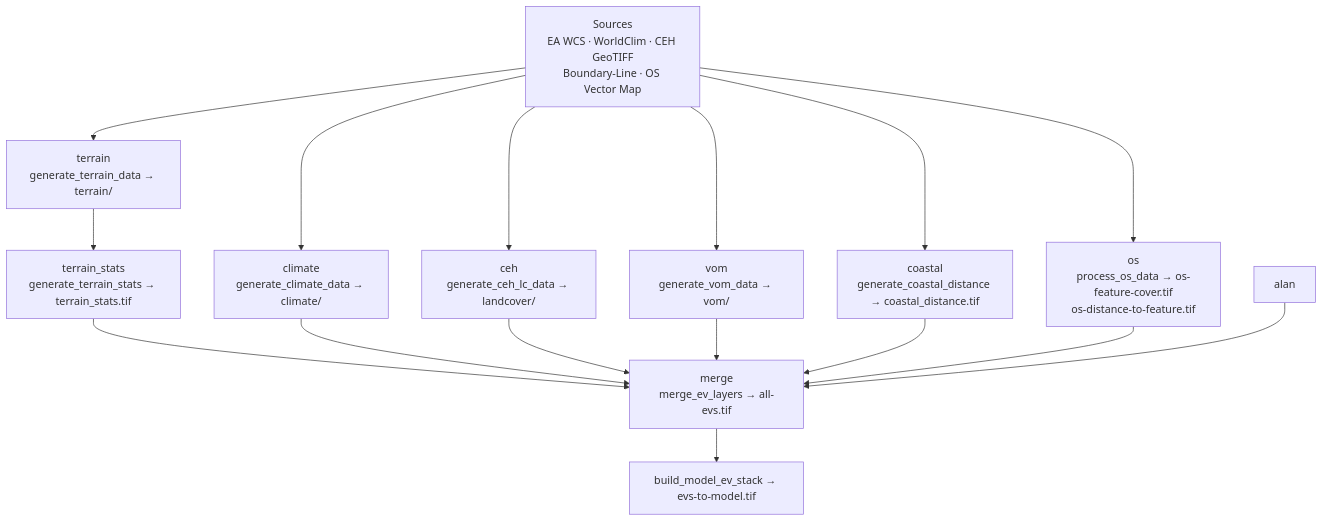
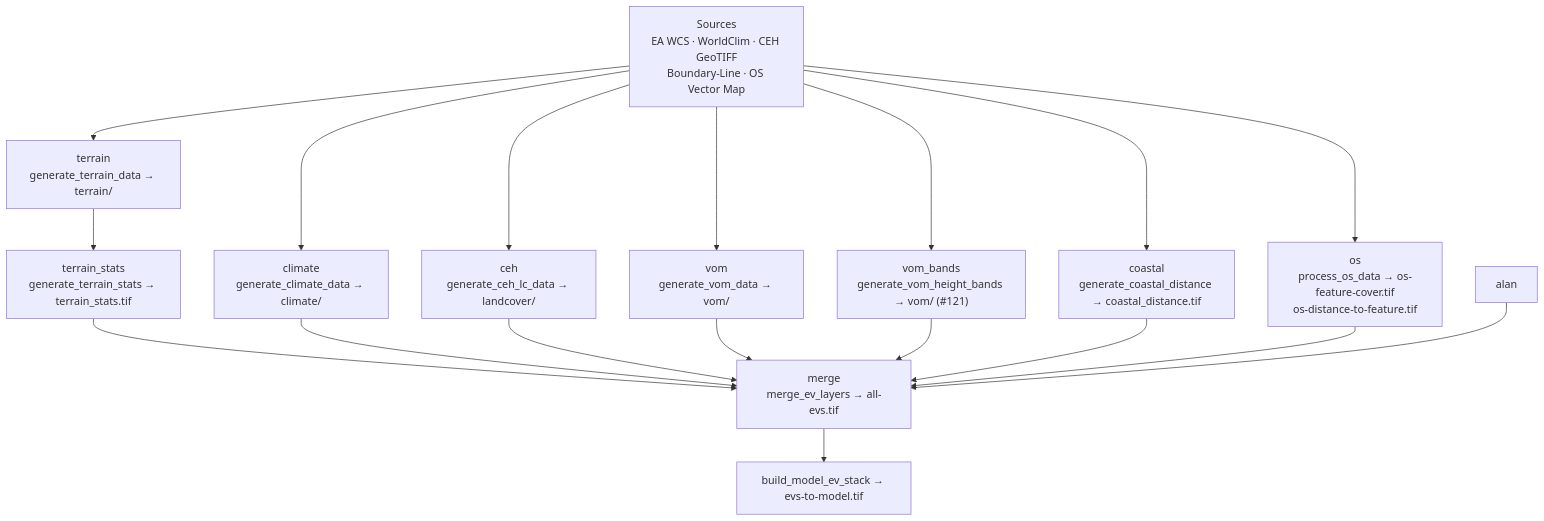
Before and after one commit to MatthewJWhittle/shefflied-bats: the diagram in docs/rebuild-ev-layers.md, drawn with Mermaid. The commit also changed other lines of this file and 33 other files, not shown here.

First line of the commit message:
Simple VOM height bands + woody cover (#121) (#122)

````diff
--- a/docs/rebuild-ev-layers.md
+++ b/docs/rebuild-ev-layers.md
@@ -40,28 +40,31 @@
 ```mermaid
 flowchart TD
   sources["Sources<br/>EA WCS · WorldClim · CEH GeoTIFF<br/>Boundary-Line · OS Vector Map"]
   terrain["terrain<br/>generate_terrain_data → terrain/"]
   terrain_stats["terrain_stats<br/>generate_terrain_stats → terrain_stats.tif"]
   climate["climate<br/>generate_climate_data → climate/"]
   ceh["ceh<br/>generate_ceh_lc_data → landcover/"]
   vom["vom<br/>generate_vom_data → vom/"]
+  vom_bands["vom_bands<br/>generate_vom_height_bands → vom/ (#121)"]
   coastal["coastal<br/>generate_coastal_distance → coastal_distance.tif"]
   os["os<br/>process_os_data → os-feature-cover.tif<br/>os-distance-to-feature.tif"]
   merge["merge<br/>merge_ev_layers → all-evs.tif"]
   stack["build_model_ev_stack → evs-to-model.tif"]
 
   sources --> terrain --> terrain_stats
   sources --> climate
   sources --> ceh
   sources --> vom
+  sources --> vom_bands
   sources --> coastal
   sources --> os
   terrain_stats --> merge
   climate --> merge
   ceh --> merge
   vom --> merge
+  vom_bands --> merge
   coastal --> merge
   os --> merge
   alan --> merge
   merge --> stack
 ```
````
